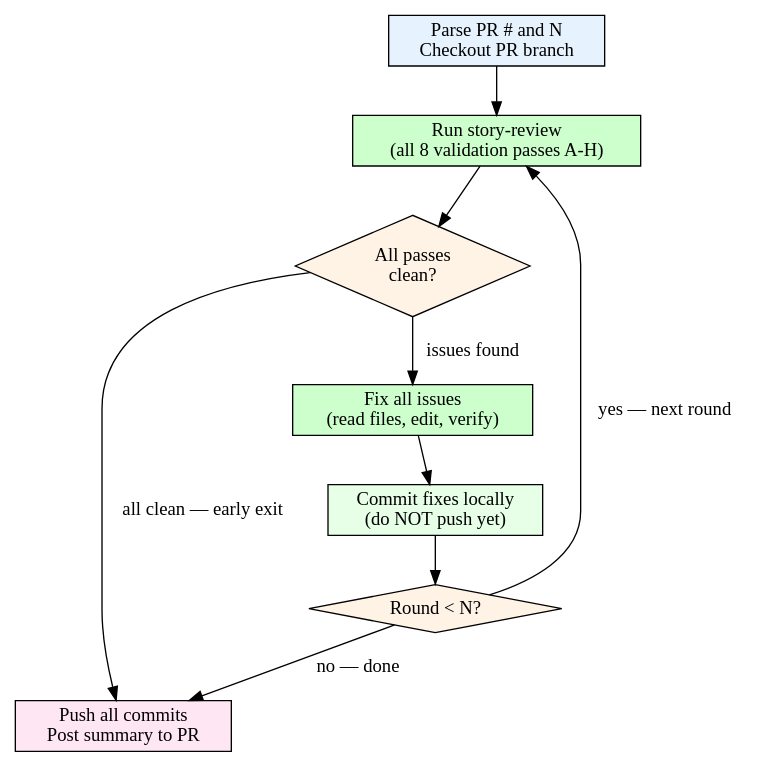
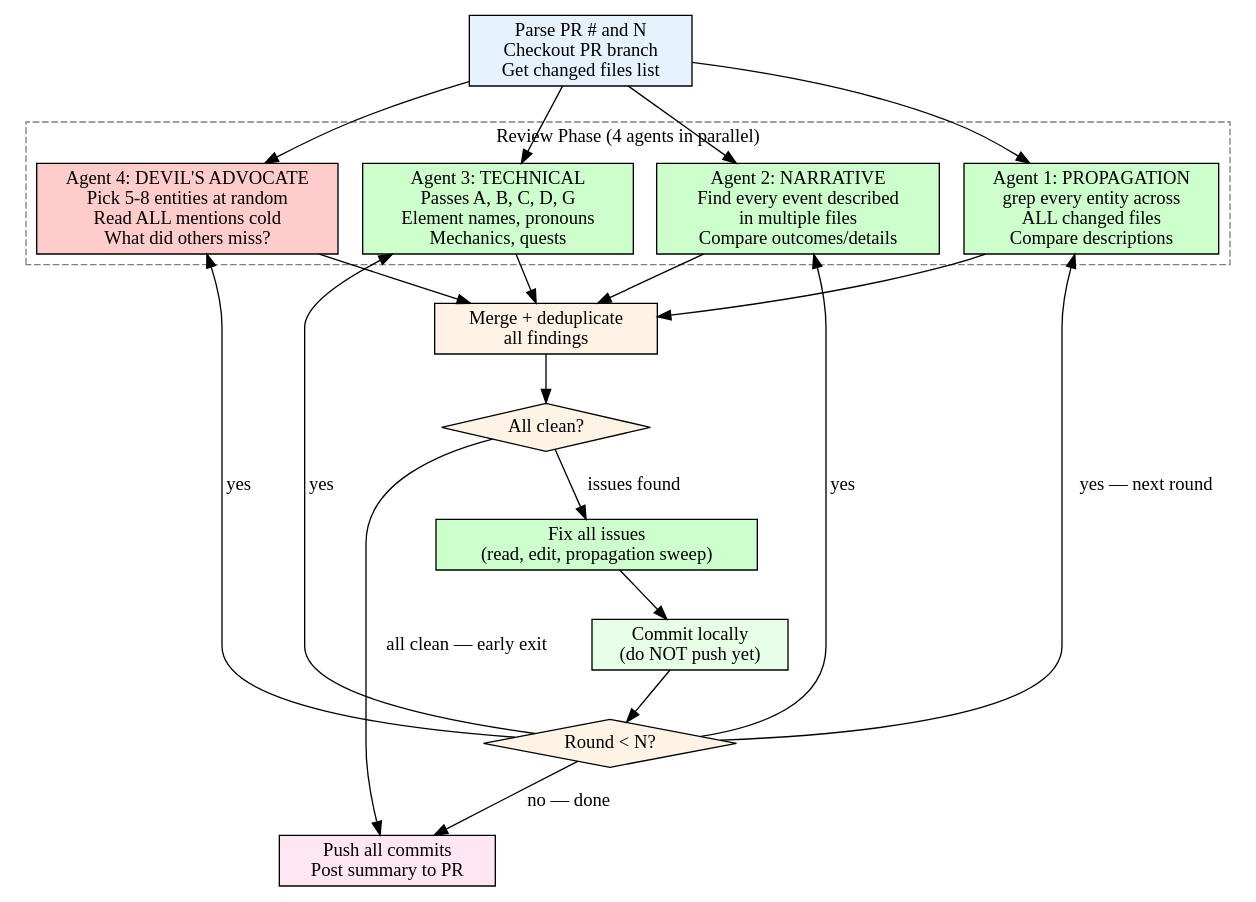
Before and after one commit to gcko/pendulum-of-despair: the diagram in .claude/skills/story-review-loop/SKILL.md, drawn with Graphviz. The commit also changed other lines of this file, not shown here.

First line of the commit message:
chore: upgrade story-review-loop to multi-agent architecture

````diff
--- a/.claude/skills/story-review-loop/SKILL.md
+++ b/.claude/skills/story-review-loop/SKILL.md
@@ -36,23 +59,45 @@
 ```dot
 digraph review_loop {
     rankdir=TB;
     node [shape=box, style=filled, fillcolor=lightblue];
 
-    start [label="Parse PR # and N\nCheckout PR branch", fillcolor="#e6f3ff"];
-    review [label="Run story-review\n(all 8 validation passes A-H)", fillcolor="#ccffcc"];
-    clean [label="All passes\nclean?", shape=diamond, fillcolor="#fff3e6"];
-    fix [label="Fix all issues\n(read files, edit, verify)", fillcolor="#ccffcc"];
-    commit [label="Commit fixes locally\n(do NOT push yet)", fillcolor="#e6ffe6"];
+    start [label="Parse PR # and N\nCheckout PR branch\nGet changed files list", fillcolor="#e6f3ff"];
+
+    subgraph cluster_review {
+        label="Review Phase (4 agents in parallel)";
+        style=dashed;
+        color=grey;
+
+        agent1 [label="Agent 1: PROPAGATION\ngrep every entity across\nALL changed files\nCompare descriptions", fillcolor="#ccffcc"];
+        agent2 [label="Agent 2: NARRATIVE\nFind every event described\nin multiple files\nCompare outcomes/details", fillcolor="#ccffcc"];
+        agent3 [label="Agent 3: TECHNICAL\nPasses A, B, C, D, G\nElement names, pronouns\nMechanics, quests", fillcolor="#ccffcc"];
+        agent4 [label="Agent 4: DEVIL'S ADVOCATE\nPick 5-8 entities at random\nRead ALL mentions cold\nWhat did others miss?", fillcolor="#ffcccc"];
+    }
+
+    merge [label="Merge + deduplicate\nall findings", fillcolor="#fff3e6"];
+    clean [label="All clean?", shape=diamond, fillcolor="#fff3e6"];
+    fix [label="Fix all issues\n(read, edit, propagation sweep)", fillcolor="#ccffcc"];
+    commit [label="Commit locally\n(do NOT push yet)", fillcolor="#e6ffe6"];
     count [label="Round < N?", shape=diamond, fillcolor="#fff3e6"];
     push [label="Push all commits\nPost summary to PR", fillcolor="#ffe6f3"];
 
-    start -> review;
-    review -> clean;
+    start -> agent1;
+    start -> agent2;
+    start -> agent3;
+    start -> agent4;
+    agent1 -> merge;
+    agent2 -> merge;
+    agent3 -> merge;
+    agent4 -> merge;
+    merge -> clean;
     clean -> fix [label="issues found"];
     clean -> push [label="all clean — early exit"];
     fix -> commit;
     commit -> count;
-    count -> review [label="yes — next round"];
+    count -> agent1 [label="yes — next round"];
+    count -> agent2 [label="yes"];
+    count -> agent3 [label="yes"];
+    count -> agent4 [label="yes"];
     count -> push [label="no — done"];
 }
 ```
````
